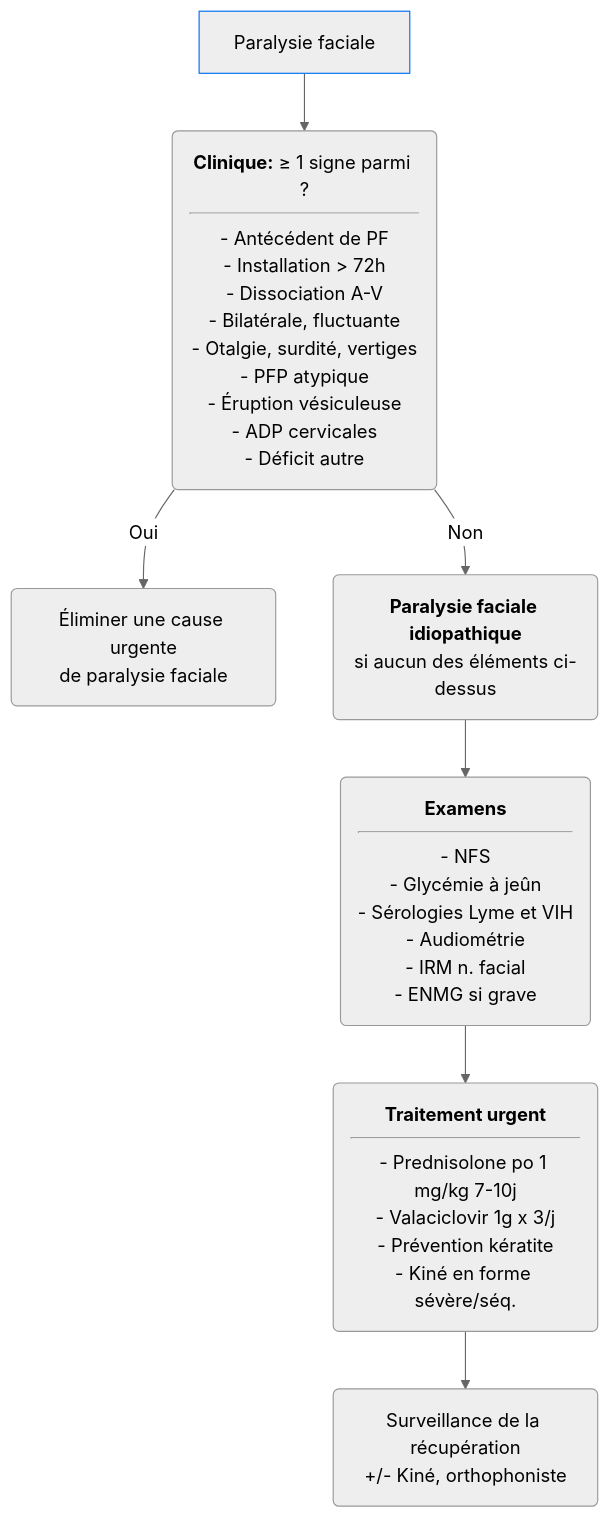
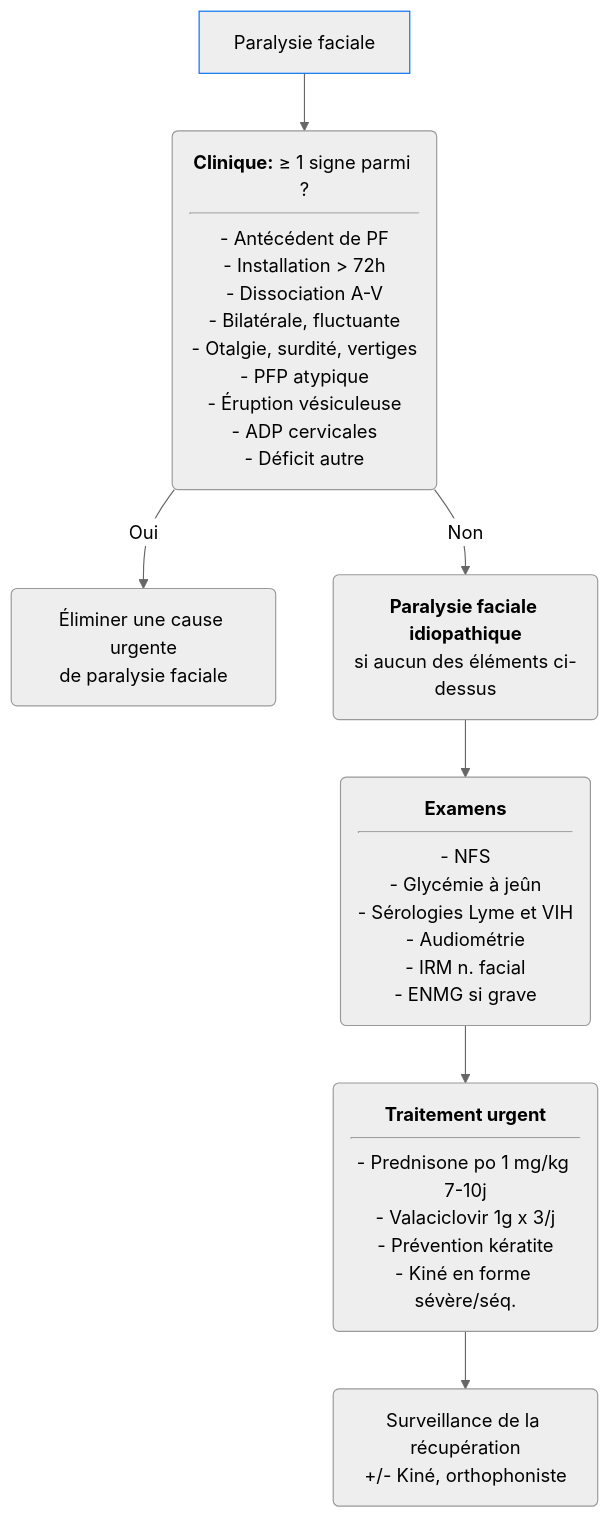
One commit to djibe/recommandations-medicales changed the diagram in content/recommandations/paralysie-faciale-idiopathique.md. Above: the diagram before and after it, drawn with Mermaid (neutral theme). The commit also changed other lines of this file and 15 other files, not shown here.

```diff
--- a/content/recommandations/paralysie-faciale-idiopathique.md
+++ b/content/recommandations/paralysie-faciale-idiopathique.md
@@ -275,10 +275,10 @@
 {{< mermaid title="Conduite à tenir devant une paralysie faciale idiopathique. Dr JB FRON d'après SFORL 2020" >}}
 graph TB
   PF[Paralysie faciale] --> atypie("<b>Clinique:</b> &ge; 1 signe parmi ?<hr>- Antécédent de PF<br>- Installation &gt; 72h<br>- Dissociation A-V<br>- Bilatérale, fluctuante<br>- Otalgie, surdité, vertiges<br>- PFP atypique<br>- Éruption vésiculeuse<br>- ADP cervicales<br>- Déficit autre")
   style PF stroke:#006ef4, stroke-width:1px
     atypie -- Oui --> differentiel("Éliminer une cause urgente<br>de paralysie faciale")
     atypie -- Non --> PFI("<b>Paralysie faciale idiopathique</b><br>si aucun des éléments ci-dessus")
       PFI --> bilan("<b>Examens</b><hr>- NFS<br>- Glycémie à jeûn<br>- Sérologies Lyme et VIH<br>- Audiométrie<br>- IRM n. facial<br>- ENMG si grave")
-        bilan --> ttt("<b>Traitement urgent</b><hr>- Prednisolone po 1 mg/kg 7-10j<br>- Valaciclovir 1g x 3/j<br>- Prévention kératite<br>- Kiné en forme sévère/séq.")
+        bilan --> ttt("<b>Traitement urgent</b><hr>- Prednisone po 1 mg/kg 7-10j<br>- Valaciclovir 1g x 3/j<br>- Prévention kératite<br>- Kiné en forme sévère/séq.")
           ttt --> surv(Surveillance de la récupération<br>+/- Kiné, orthophoniste)
 {{< /mermaid >}}
```
